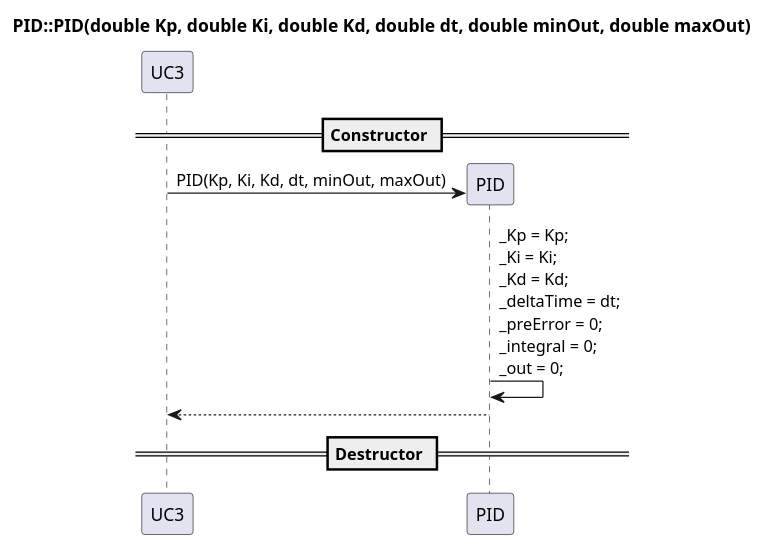
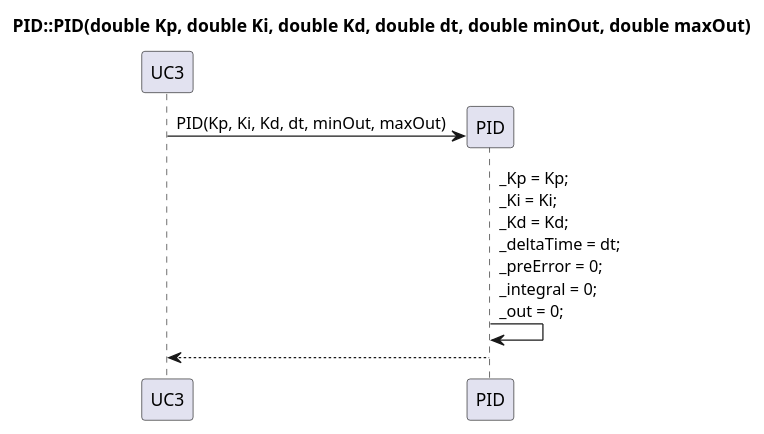
The diagram in Design/Akutuator enhed/Domnaemodel_AE/PID/PID_constructor.puml (Solvgraa-mager/E4PRJ4), drawn with PlantUML before and after one commit. The commit also changed 3 other files, not shown here.

```diff
--- a/Design/Akutuator enhed/Domnaemodel_AE/PID/PID_constructor.puml
+++ b/Design/Akutuator enhed/Domnaemodel_AE/PID/PID_constructor.puml
@@ -1,14 +1,11 @@
-@startuml PID_Con_destructor
+@startuml PID_Constructor
 title PID::PID(double Kp, double Ki, double Kd, double dt, double minOut, double maxOut)
 
 participant UC3
 participant PID
 
 create PID
-== Constructor ==
 UC3 -> PID : PID(Kp, Ki, Kd, dt, minOut, maxOut) 
 PID -> PID : _Kp = Kp;\n_Ki = Ki;\n_Kd = Kd;\n_deltaTime = dt;\n_preError = 0;\n_integral = 0;\n_out = 0;
 PID --> UC3
-== Destructor ==
-
 @enduml
```
